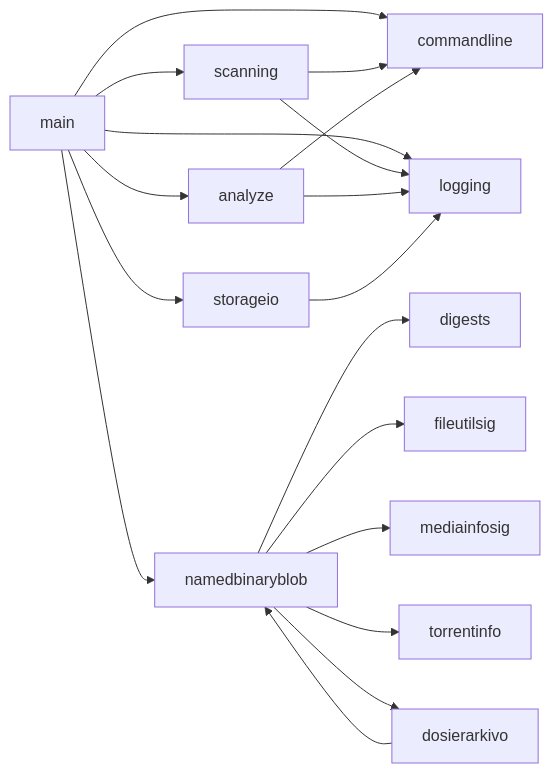
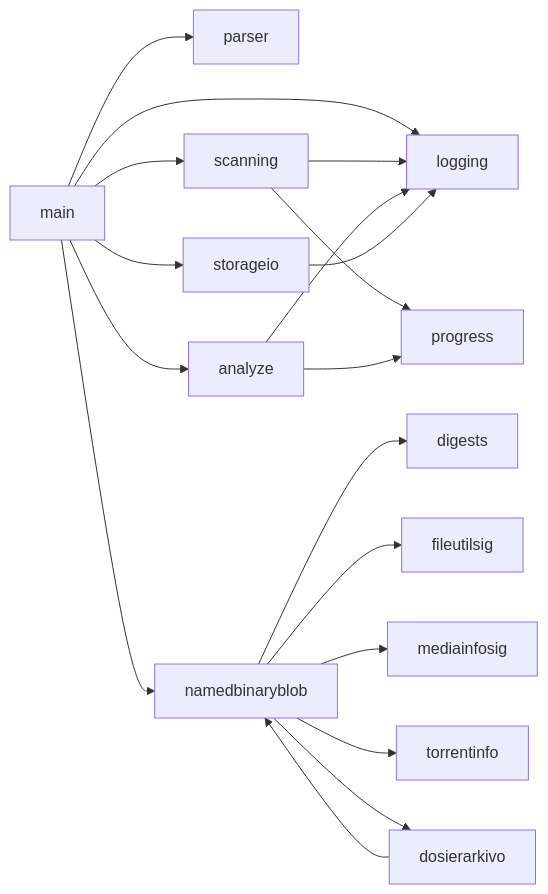
The third of 3 diagrams in docs/ARCHITECTURE.md (cschlote/DosierSkanilo), drawn with Mermaid before and after one commit. The commit also changed other lines of this file and 3 other files, not shown here.

````diff
--- a/docs/ARCHITECTURE.md
+++ b/docs/ARCHITECTURE.md
@@ -179,23 +181,23 @@
 ```mermaid
 flowchart LR
-  main --> commandline
+  main --> parser
   main --> logging
   main --> scanning
   main --> storageio
   main --> analyze
   main --> namedbinaryblob
 
-    scanning --> commandline
+    scanning --> progress
     scanning --> logging
-    analyze --> commandline
+    analyze --> progress
     analyze --> logging
     storageio --> logging
 
     namedbinaryblob --> digests
     namedbinaryblob --> fileutilsig
     namedbinaryblob --> mediainfosig
     namedbinaryblob --> torrentinfo
     namedbinaryblob --> dosierarkivo
 
     dosierarkivo --> namedbinaryblob
 ```
````
